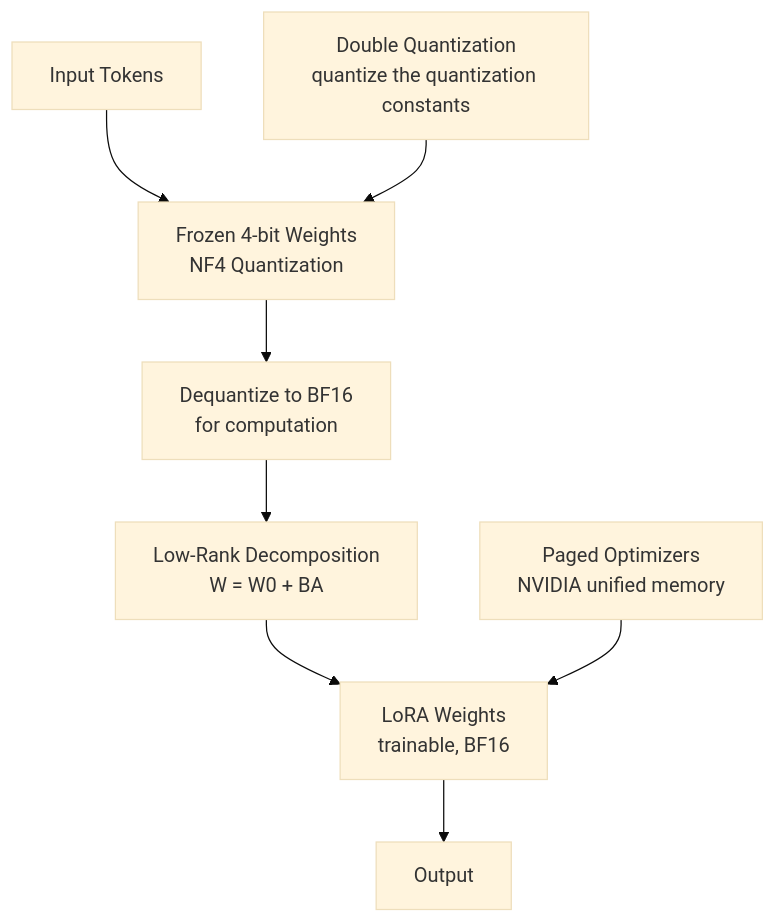
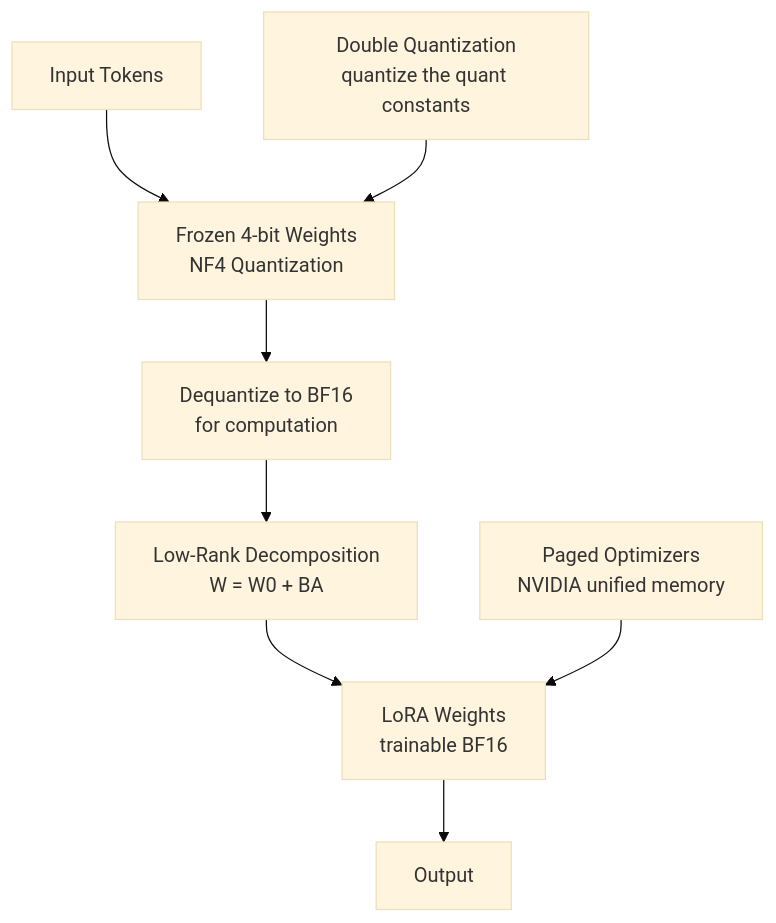
Before and after one commit to sarihammad/TuneIt: the second of 2 diagrams in README.md, drawn with Mermaid (base theme). The commit also changed other lines of this file, not shown here.

````diff
--- a/README.md
+++ b/README.md
@@ -30,10 +32,10 @@
 ```mermaid
 graph TD
     A[Input Tokens] --> B[Frozen 4-bit Weights\nNF4 Quantization]
     B --> C[Dequantize to BF16\nfor computation]
     C --> D[Low-Rank Decomposition\nW = W0 + BA]
-    D --> E[LoRA Weights\ntrainable, BF16]
+    D --> E[LoRA Weights\ntrainable BF16]
     E --> F[Output]
-    G[Double Quantization\nquantize the quantization constants] --> B
+    G[Double Quantization\nquantize the quant constants] --> B
     H[Paged Optimizers\nNVIDIA unified memory] --> E
 ```
````
